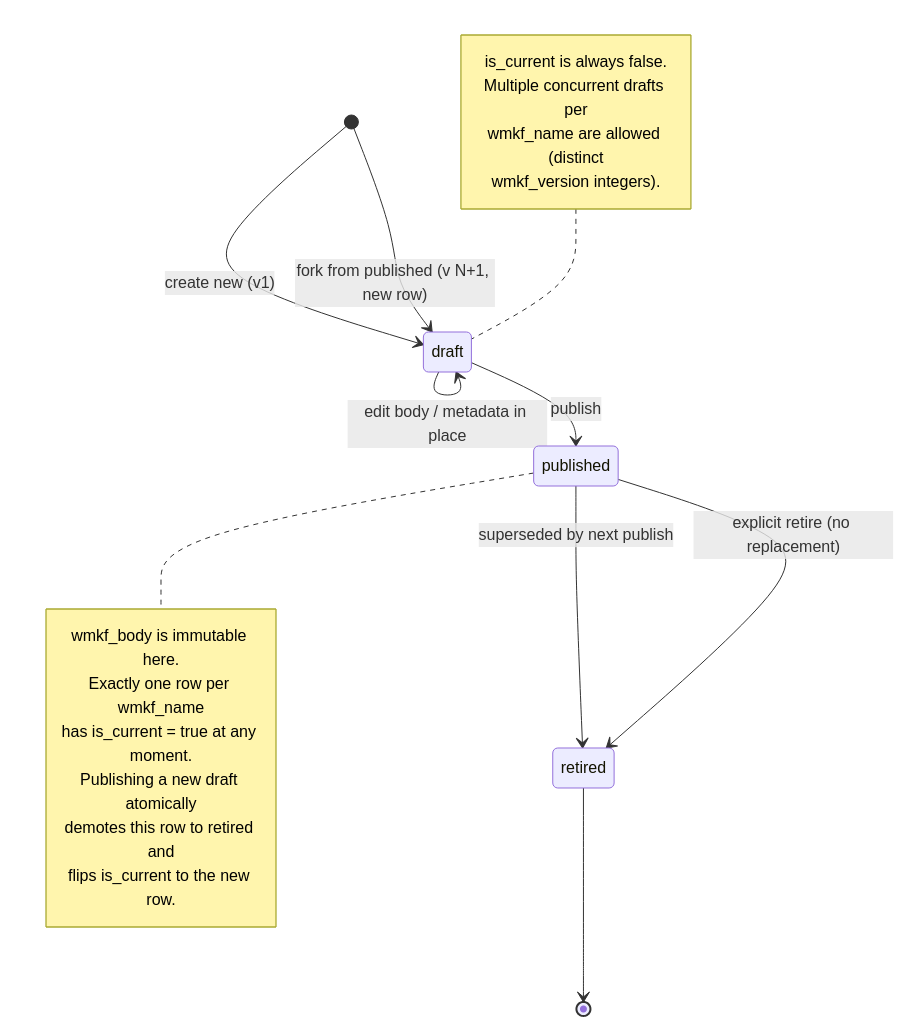
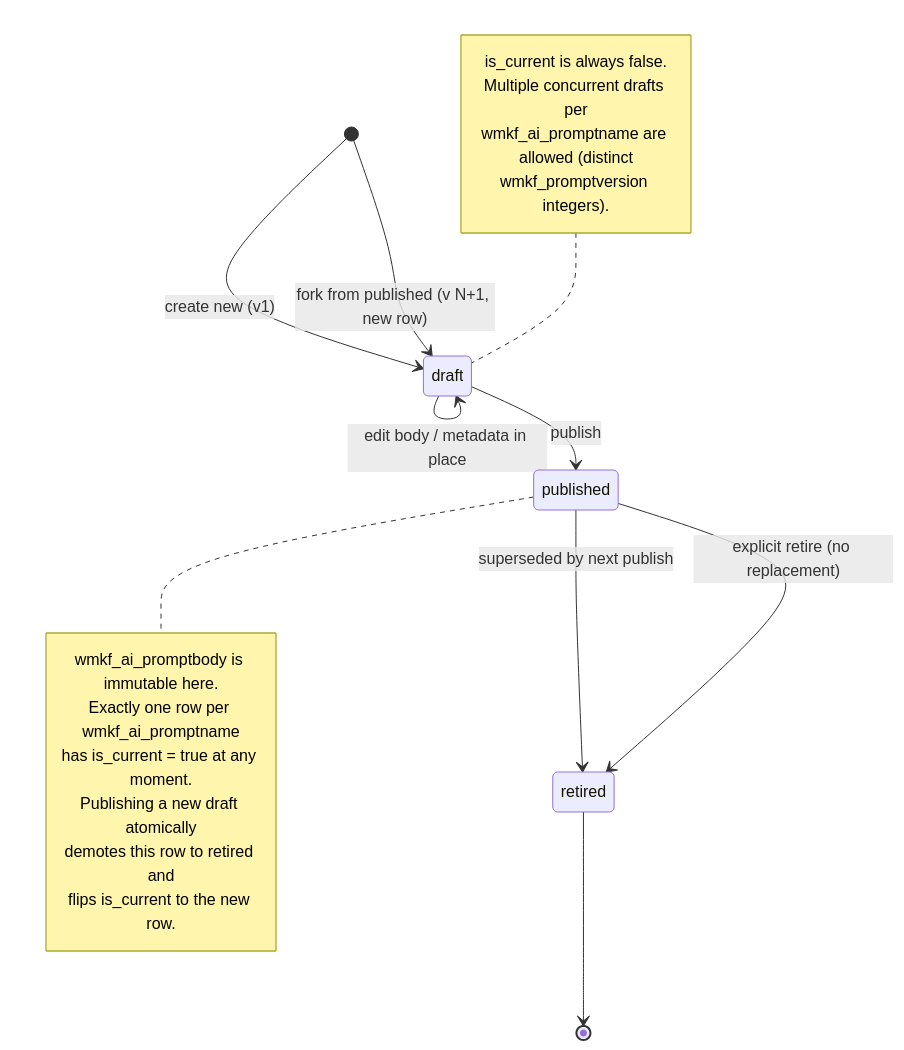
Before and after one commit to justingallivan/Phase-II-Summaries: the first of 3 diagrams in docs/PROMPT_STORAGE_DESIGN.md, drawn with Mermaid. The commit also changed other lines of this file and 3 other files, not shown here.

````diff
--- a/docs/PROMPT_STORAGE_DESIGN.md
+++ b/docs/PROMPT_STORAGE_DESIGN.md
@@ -381,27 +371,27 @@
 ```mermaid
 stateDiagram-v2
     [*] --> draft: create new (v1)
     [*] --> draft: fork from published (v N+1, new row)
 
     draft --> draft: edit body / metadata in place
     draft --> published: publish
     published --> retired: superseded by next publish
     published --> retired: explicit retire (no replacement)
     retired --> [*]
 
     note right of published
-        wmkf_body is immutable here.
-        Exactly one row per wmkf_name
+        wmkf_ai_promptbody is immutable here.
+        Exactly one row per wmkf_ai_promptname
         has is_current = true at any moment.
         Publishing a new draft atomically
         demotes this row to retired and
         flips is_current to the new row.
     end note
 
     note left of draft
         is_current is always false.
         Multiple concurrent drafts per
-        wmkf_name are allowed (distinct
-        wmkf_version integers).
+        wmkf_ai_promptname are allowed (distinct
+        wmkf_promptversion integers).
     end note
 ```
````
